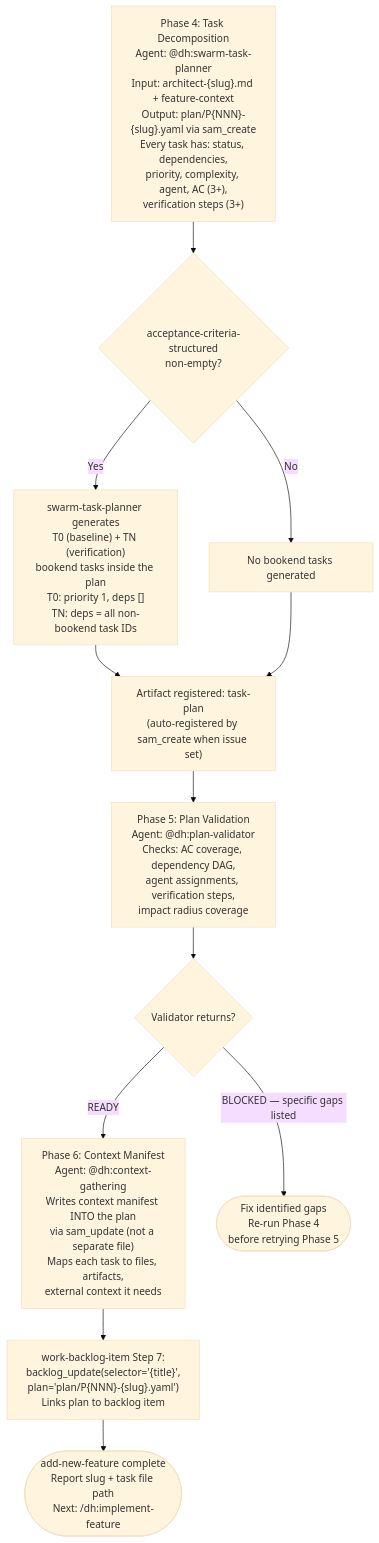
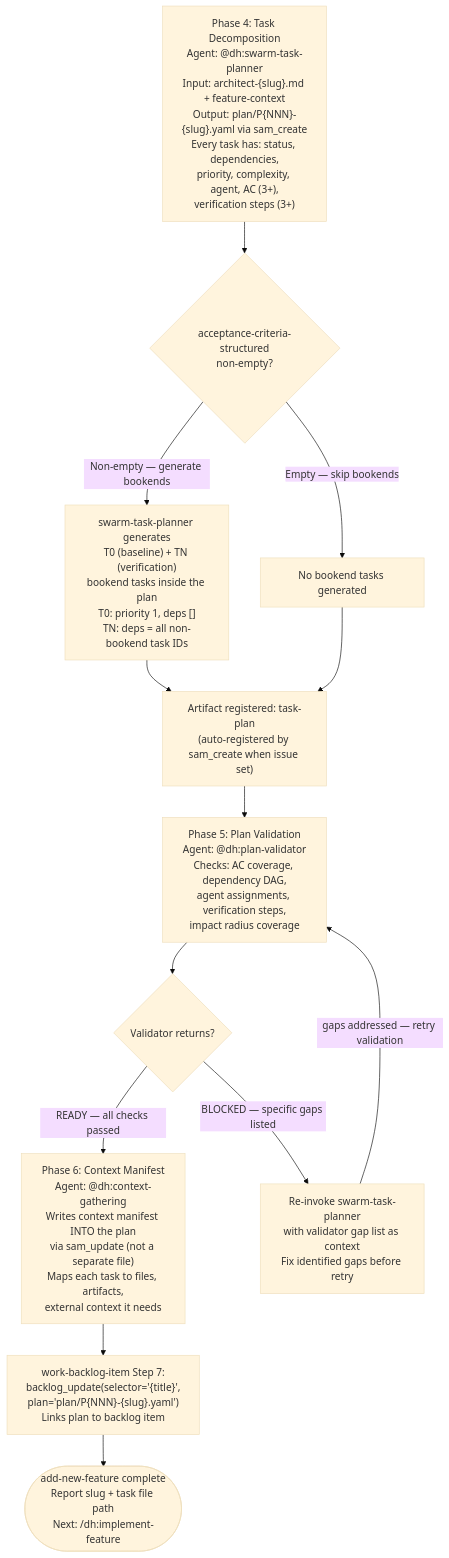
Before and after one commit to chgreer1070/claude_skills: the fifth of 8 diagrams in plugins/development-harness/docs/backlog-item-lifecycle.md, drawn with Mermaid (base theme). The commit also changed other lines of this file and 2 other files, not shown here.

First line of the commit message:
feat(dh): add stable node IDs, contracts, and structural Mermaid fixes to lifecycle doc

````diff
--- a/plugins/development-harness/docs/backlog-item-lifecycle.md
+++ b/plugins/development-harness/docs/backlog-item-lifecycle.md
@@ -228,23 +315,24 @@
 ```mermaid
 flowchart TD
-    Ph4["Phase 4: Task Decomposition<br>Agent: @dh:swarm-task-planner<br>Input: architect-{slug}.md + feature-context<br>Output: plan/P{NNN}-{slug}.yaml via sam_create<br>Every task has: status, dependencies,<br>priority, complexity, agent, AC (3+),<br>verification steps (3+)"]
+    P4_DECOMPOSE["Phase 4: Task Decomposition<br>Agent: @dh:swarm-task-planner<br>Input: architect-{slug}.md + feature-context<br>Output: plan/P{NNN}-{slug}.yaml via sam_create<br>Every task has: status, dependencies,<br>priority, complexity, agent, AC (3+),<br>verification steps (3+)"]
 
-    Ph4 --> Bookend{"acceptance-criteria-structured<br>non-empty?"}
-    Bookend -->|Yes| T0TN["swarm-task-planner generates<br>T0 (baseline) + TN (verification)<br>bookend tasks inside the plan<br>T0: priority 1, deps []<br>TN: deps = all non-bookend task IDs"]
-    Bookend -->|No| NoBookend["No bookend tasks generated"]
-    T0TN --> Register
-    NoBookend --> Register
+    P4_DECOMPOSE --> P4_BOOKEND{"acceptance-criteria-structured<br>non-empty?"}
+    P4_BOOKEND -->|"Non-empty — generate bookends"| P4_BOOKEND_GEN["swarm-task-planner generates<br>T0 (baseline) + TN (verification)<br>bookend tasks inside the plan<br>T0: priority 1, deps []<br>TN: deps = all non-bookend task IDs"]
+    P4_BOOKEND -->|"Empty — skip bookends"| P4_NO_BOOKEND["No bookend tasks generated"]
+    P4_BOOKEND_GEN --> P4_REGISTER
+    P4_NO_BOOKEND --> P4_REGISTER
 
-    Register["Artifact registered: task-plan<br>(auto-registered by sam_create when issue set)"]
-    Register --> Ph5
+    P4_REGISTER["Artifact registered: task-plan<br>(auto-registered by sam_create when issue set)"]
+    P4_REGISTER --> P4_VALIDATE
 
-    Ph5["Phase 5: Plan Validation<br>Agent: @dh:plan-validator<br>Checks: AC coverage, dependency DAG,<br>agent assignments, verification steps,<br>impact radius coverage"]
-    Ph5 --> ValResult{Validator returns?}
-    ValResult -->|READY| Ph6
-    ValResult -->|"BLOCKED — specific gaps listed"| Fix(["Fix identified gaps<br>Re-run Phase 4<br>before retrying Phase 5"])
+    P4_VALIDATE["Phase 5: Plan Validation<br>Agent: @dh:plan-validator<br>Checks: AC coverage, dependency DAG,<br>agent assignments, verification steps,<br>impact radius coverage"]
+    P4_VALIDATE --> P4_VAL_RESULT{Validator returns?}
+    P4_VAL_RESULT -->|"READY — all checks passed"| P4_CONTEXT
+    P4_VAL_RESULT -->|"BLOCKED — specific gaps listed"| P4_FIX["Re-invoke swarm-task-planner<br>with validator gap list as context<br>Fix identified gaps before retry"]
+    P4_FIX -->|"gaps addressed — retry validation"| P4_VALIDATE
 
-    Ph6["Phase 6: Context Manifest<br>Agent: @dh:context-gathering<br>Writes context manifest INTO the plan<br>via sam_update (not a separate file)<br>Maps each task to files, artifacts,<br>external context it needs"]
+    P4_CONTEXT["Phase 6: Context Manifest<br>Agent: @dh:context-gathering<br>Writes context manifest INTO the plan<br>via sam_update (not a separate file)<br>Maps each task to files, artifacts,<br>external context it needs"]
 
-    Ph6 --> Link["work-backlog-item Step 7:<br>backlog_update(selector='{title}',<br>plan='plan/P{NNN}-{slug}.yaml')<br>Links plan to backlog item"]
-    Link --> Done(["add-new-feature complete<br>Report slug + task file path<br>Next: /dh:implement-feature"])
+    P4_CONTEXT --> P4_LINK["work-backlog-item Step 7:<br>backlog_update(selector='{title}',<br>plan='plan/P{NNN}-{slug}.yaml')<br>Links plan to backlog item"]
+    P4_LINK --> P4_DONE(["add-new-feature complete<br>Report slug + task file path<br>Next: /dh:implement-feature"])
 ```
````
